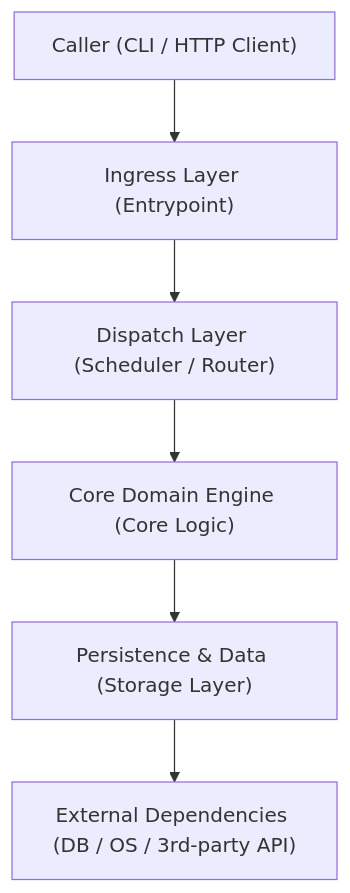
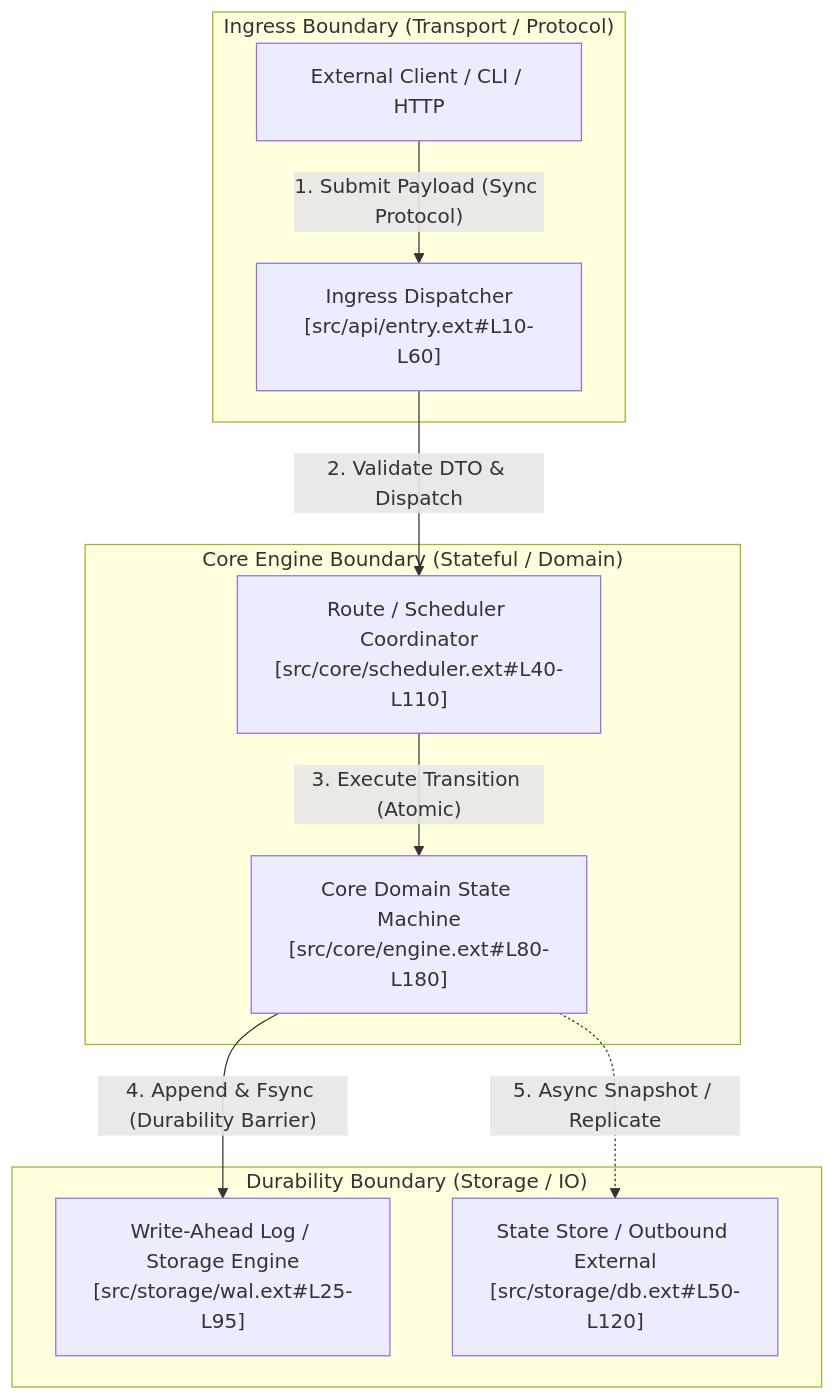
Before and after one commit to Asstar-X/repo-mentor: the first of 3 diagrams in templates/ARCHITECTURE.md, drawn with Mermaid. The commit also changed other lines of this file and 68 other files, not shown here.

````diff
--- a/templates/ARCHITECTURE.md
+++ b/templates/ARCHITECTURE.md
@@ -15,8 +19,23 @@
 ```mermaid
 graph TD
-    Client["Caller (CLI / HTTP Client)"] --> Entry["Ingress Layer (Entrypoint)"]
-    Entry --> Router["Dispatch Layer (Scheduler / Router)"]
-    Router --> Engine["Core Domain Engine (Core Logic)"]
-    Engine --> Storage["Persistence & Data (Storage Layer)"]
-    Storage --> External["External Dependencies (DB / OS / 3rd-party API)"]
+    subgraph Ingress["Ingress Boundary (Transport / Protocol)"]
+        Client["External Client / CLI / HTTP"]
+        Entry["Ingress Dispatcher<br/>[src/api/entry.ext#L10-L60]"]
+    end
+
+    subgraph CoreEngine["Core Engine Boundary (Stateful / Domain)"]
+        Router["Route / Scheduler Coordinator<br/>[src/core/scheduler.ext#L40-L110]"]
+        Engine["Core Domain State Machine<br/>[src/core/engine.ext#L80-L180]"]
+    end
+
+    subgraph Persistence["Durability Boundary (Storage / IO)"]
+        WAL["Write-Ahead Log / Storage Engine<br/>[src/storage/wal.ext#L25-L95]"]
+        Snapshot["State Store / Outbound External<br/>[src/storage/db.ext#L50-L120]"]
+    end
+
+    Client -->|"1. Submit Payload (Sync Protocol)"| Entry
+    Entry -->|"2. Validate DTO & Dispatch"| Router
+    Router -->|"3. Execute Transition (Atomic)"| Engine
+    Engine -->|"4. Append & Fsync (Durability Barrier)"| WAL
+    Engine -.->|"5. Async Snapshot / Replicate"| Snapshot
 ```
````
